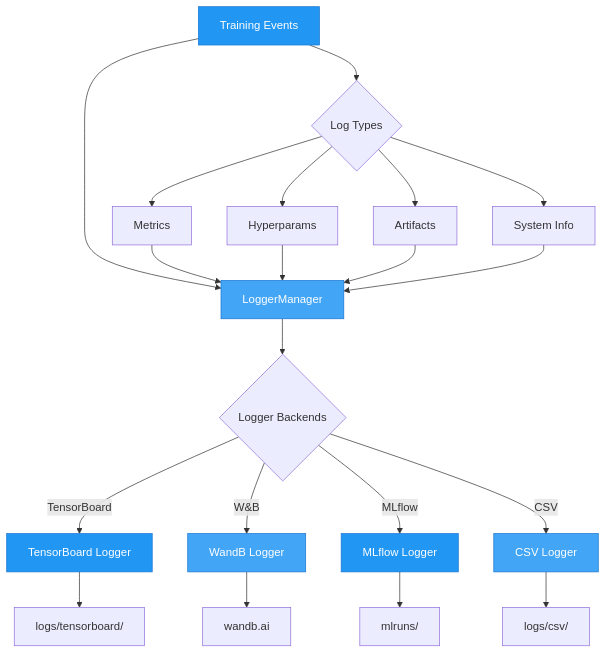
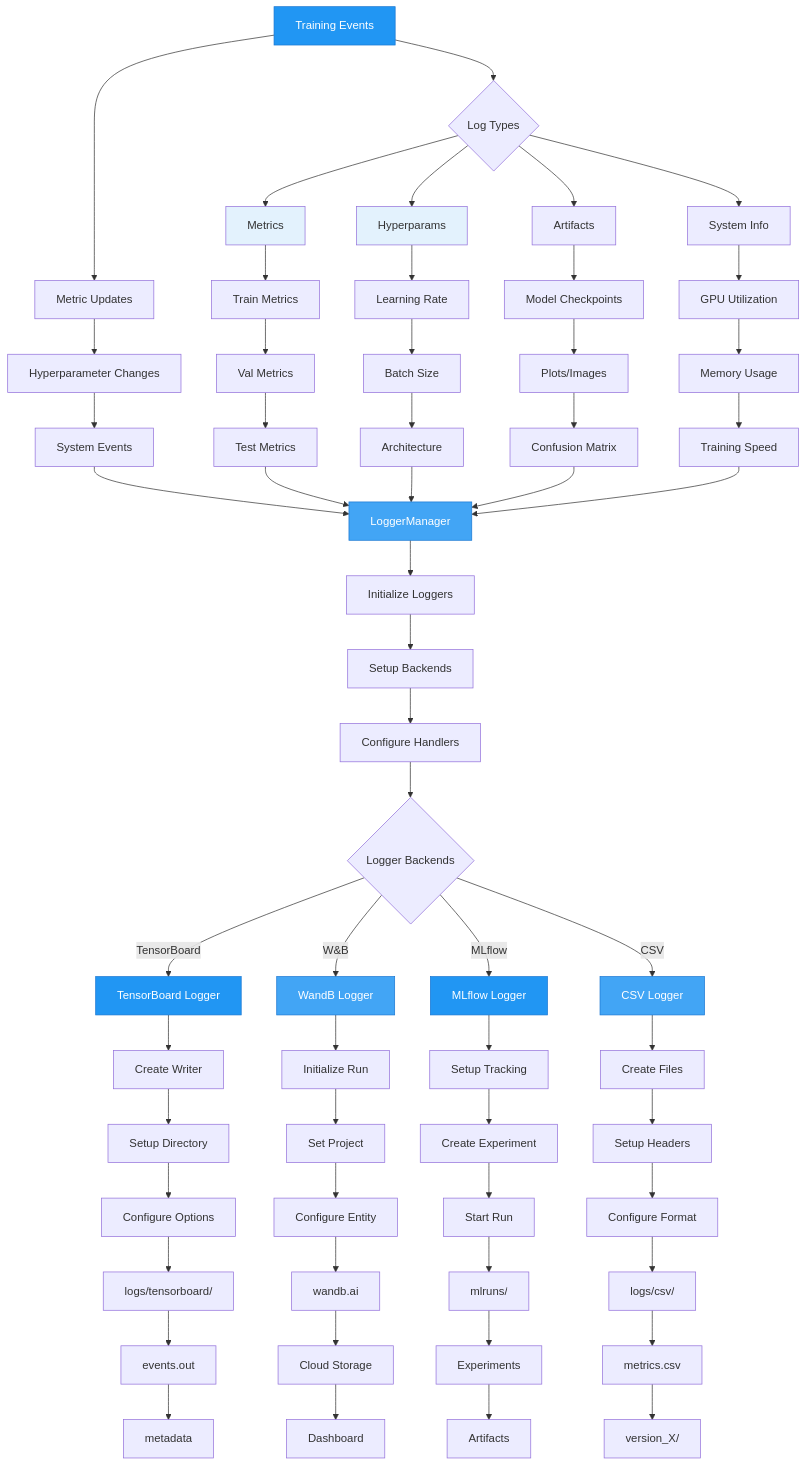
The diagram in docs/user-guide/guides/logging.md (theja-vanka/AutoTimm), drawn with Mermaid before and after one commit. The commit also changed 48 other files, not shown here.

````diff
--- a/docs/user-guide/guides/logging.md
+++ b/docs/user-guide/guides/logging.md
@@ -7,30 +7,77 @@
 ```mermaid
 graph TD
-    A[Training Events] --> B[LoggerManager]
+    A[Training Events] --> A1[Metric Updates]
+    A1 --> A2[Hyperparameter Changes]
+    A2 --> A3[System Events]
+    A3 --> B[LoggerManager]
     
-    B --> C{Logger Backends}
+    B --> B1[Initialize Loggers]
+    B1 --> B2[Setup Backends]
+    B2 --> B3[Configure Handlers]
+    B3 --> C{Logger Backends}
     
     C -->|TensorBoard| D1[TensorBoard Logger]
+    D1 --> D1a[Create Writer]
+    D1a --> D1b[Setup Directory]
+    D1b --> D1c[Configure Options]
+    
     C -->|W&B| D2[WandB Logger]
+    D2 --> D2a[Initialize Run]
+    D2a --> D2b[Set Project]
+    D2b --> D2c[Configure Entity]
+    
     C -->|MLflow| D3[MLflow Logger]
+    D3 --> D3a[Setup Tracking]
+    D3a --> D3b[Create Experiment]
+    D3b --> D3c[Start Run]
+    
     C -->|CSV| D4[CSV Logger]
+    D4 --> D4a[Create Files]
+    D4a --> D4b[Setup Headers]
+    D4b --> D4c[Configure Format]
     
-    D1 --> E1[logs/tensorboard/]
-    D2 --> E2[wandb.ai]
-    D3 --> E3[mlruns/]
-    D4 --> E4[logs/csv/]
+    D1c --> E1[logs/tensorboard/]
+    E1 --> E1a[events.out]
+    E1a --> E1b[metadata]
+    
+    D2c --> E2[wandb.ai]
+    E2 --> E2a[Cloud Storage]
+    E2a --> E2b[Dashboard]
+    
+    D3c --> E3[mlruns/]
+    E3 --> E3a[Experiments]
+    E3a --> E3b[Artifacts]
+    
+    D4c --> E4[logs/csv/]
+    E4 --> E4a[metrics.csv]
+    E4a --> E4b[version_X/]
     
     A --> F{Log Types}
     
     F --> G1[Metrics]
+    G1 --> G1a[Train Metrics]
+    G1a --> G1b[Val Metrics]
+    G1b --> G1c[Test Metrics]
+    
     F --> G2[Hyperparams]
+    G2 --> G2a[Learning Rate]
+    G2a --> G2b[Batch Size]
+    G2b --> G2c[Architecture]
+    
     F --> G3[Artifacts]
+    G3 --> G3a[Model Checkpoints]
+    G3a --> G3b[Plots/Images]
+    G3b --> G3c[Confusion Matrix]
+    
     F --> G4[System Info]
+    G4 --> G4a[GPU Utilization]
+    G4a --> G4b[Memory Usage]
+    G4b --> G4c[Training Speed]
     
-    G1 --> B
-    G2 --> B
-    G3 --> B
-    G4 --> B
+    G1c --> B
+    G2c --> B
+    G3c --> B
+    G4c --> B
     
     style A fill:#2196F3,stroke:#1976D2,color:#fff
     style B fill:#42A5F5,stroke:#1976D2,color:#fff
@@ -38,4 +85,6 @@
     style D2 fill:#42A5F5,stroke:#1976D2,color:#fff
     style D3 fill:#2196F3,stroke:#1976D2,color:#fff
     style D4 fill:#42A5F5,stroke:#1976D2,color:#fff
+    style G1 fill:#E3F2FD
+    style G2 fill:#E3F2FD
 ```
````
